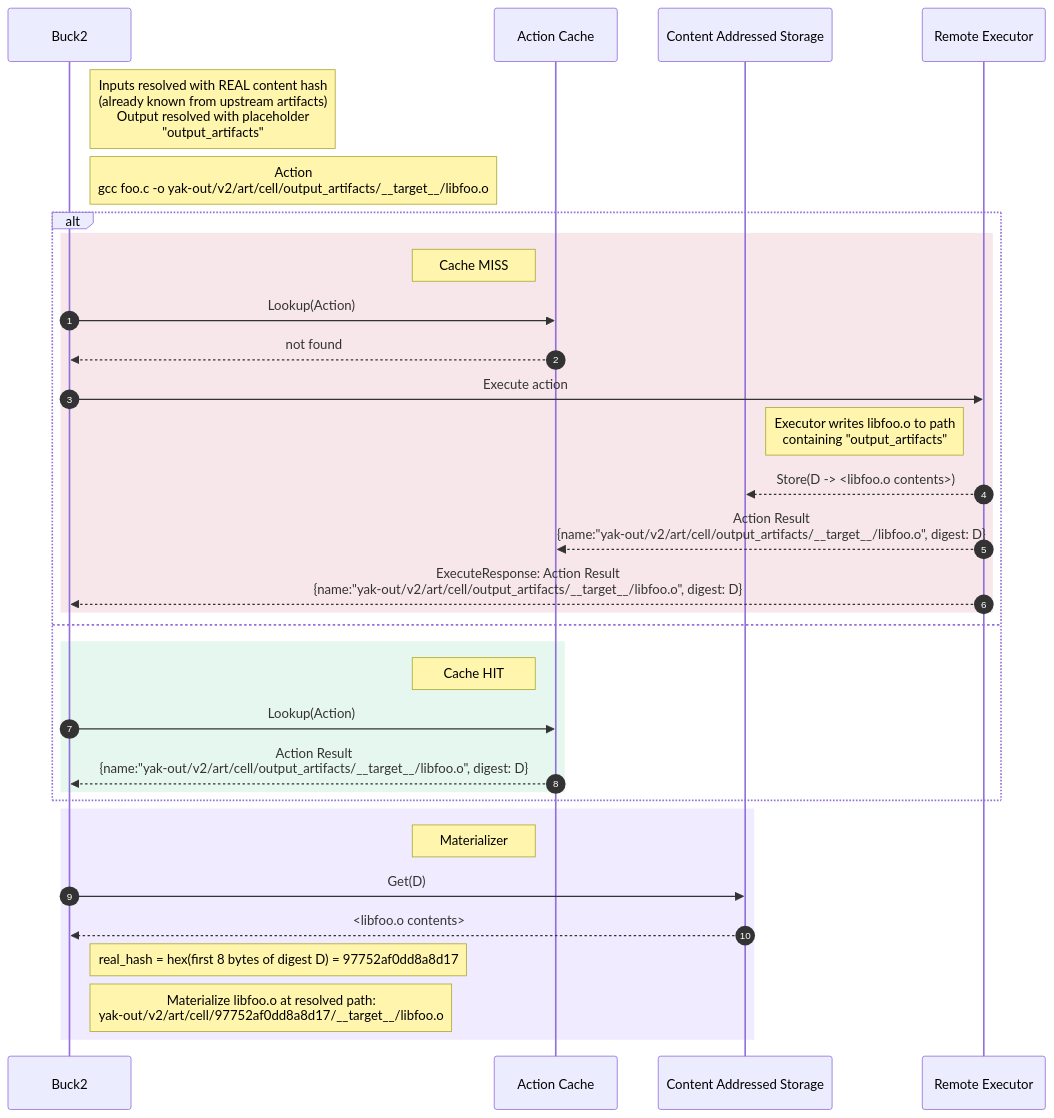
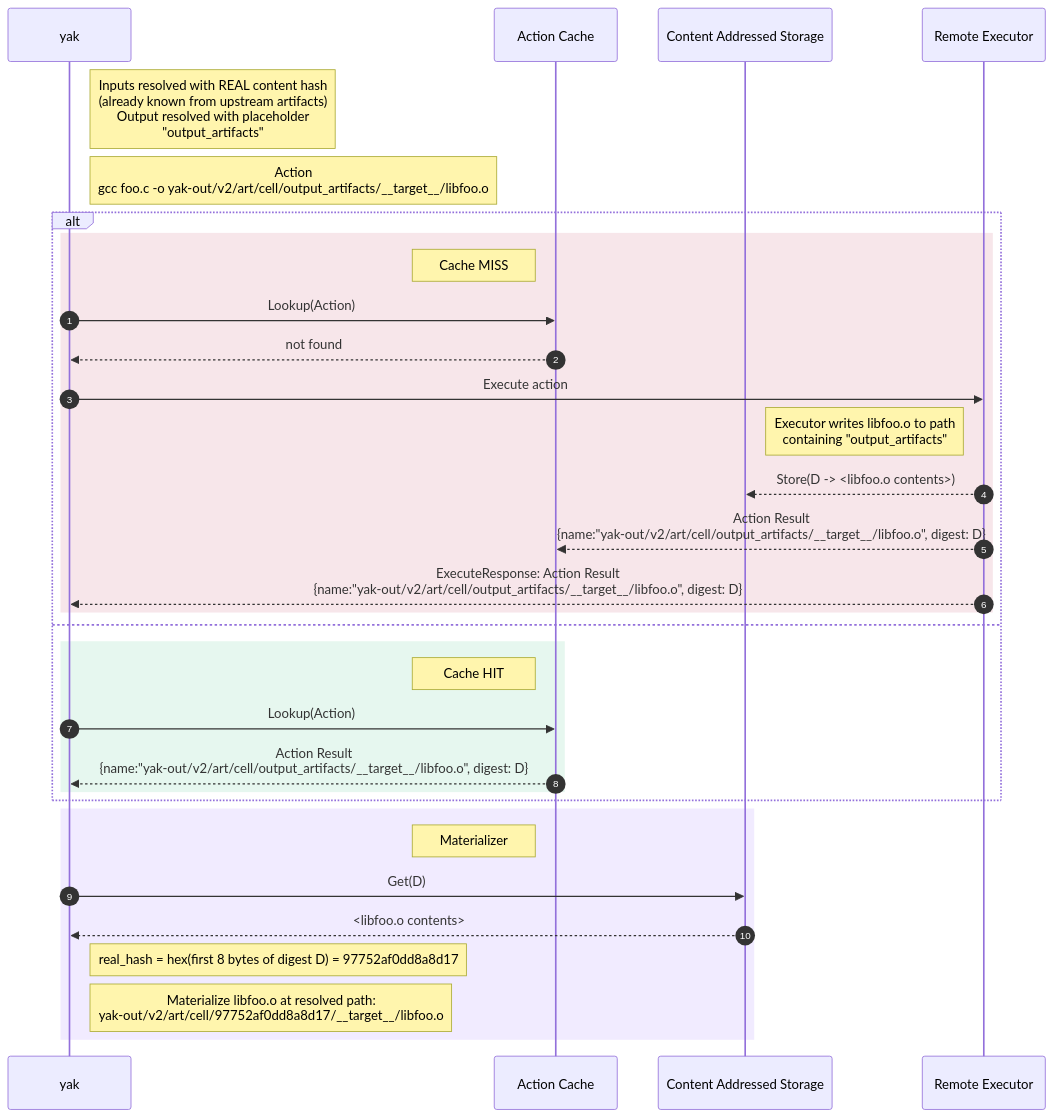
One commit to rdeusser/yak changed the first of 4 diagrams in website/docs/rule_authors/content_based_paths.md. Above: the diagram before and after it, drawn with Mermaid. The commit also changed other lines of this file and 155 other files, not shown here.

````diff
--- a/website/docs/rule_authors/content_based_paths.md
+++ b/website/docs/rule_authors/content_based_paths.md
@@ -120,35 +120,35 @@
 ```mermaid
 sequenceDiagram
     autonumber
-    participant B as Buck2
+    participant B as yak
     participant AC as Action Cache
     participant CAS as Content Addressed Storage
     participant RE as Remote Executor
     Note right of B: Inputs resolved with REAL content hash<br/>(already known from upstream artifacts)<br/>Output resolved with placeholder<br/>"output_artifacts"
     Note right of B: Action<br/>gcc foo.c -o yak-out/v2/art/cell/output_artifacts/__target__/libfoo.o
     alt
         rect rgb(247 230 234)
         Note left of AC: Cache MISS
         B->>AC: Lookup(Action)
         AC-->>B: not found
         B->>RE: Execute action
         Note left of RE: Executor writes libfoo.o to path<br/>containing "output_artifacts"
         RE-->>CAS: Store(D -> <libfoo.o contents>)
         RE-->>AC: Action Result<br/>{name:"yak-out/v2/art/cell/output_artifacts/__target__/libfoo.o", digest: D}
         RE-->>B: ExecuteResponse: Action Result<br/>{name:"yak-out/v2/art/cell/output_artifacts/__target__/libfoo.o", digest: D}
         end
     else
         rect rgb(230 247 239)
         Note left of AC: Cache HIT
         B->>AC: Lookup(Action)
         AC-->>B: Action Result<br/>{name:"yak-out/v2/art/cell/output_artifacts/__target__/libfoo.o", digest: D}
         end
     end
     rect rgb(241 235 255)
     Note left of AC: Materializer
     B->>CAS: Get(D)
     CAS-->>B: <libfoo.o contents>
     Note right of B: real_hash = hex(first 8 bytes of digest D) = 97752af0dd8a8d17
     Note right of B: Materialize libfoo.o at resolved path:<br/>yak-out/v2/art/cell/97752af0dd8a8d17/__target__/libfoo.o
     end
 ```
````
